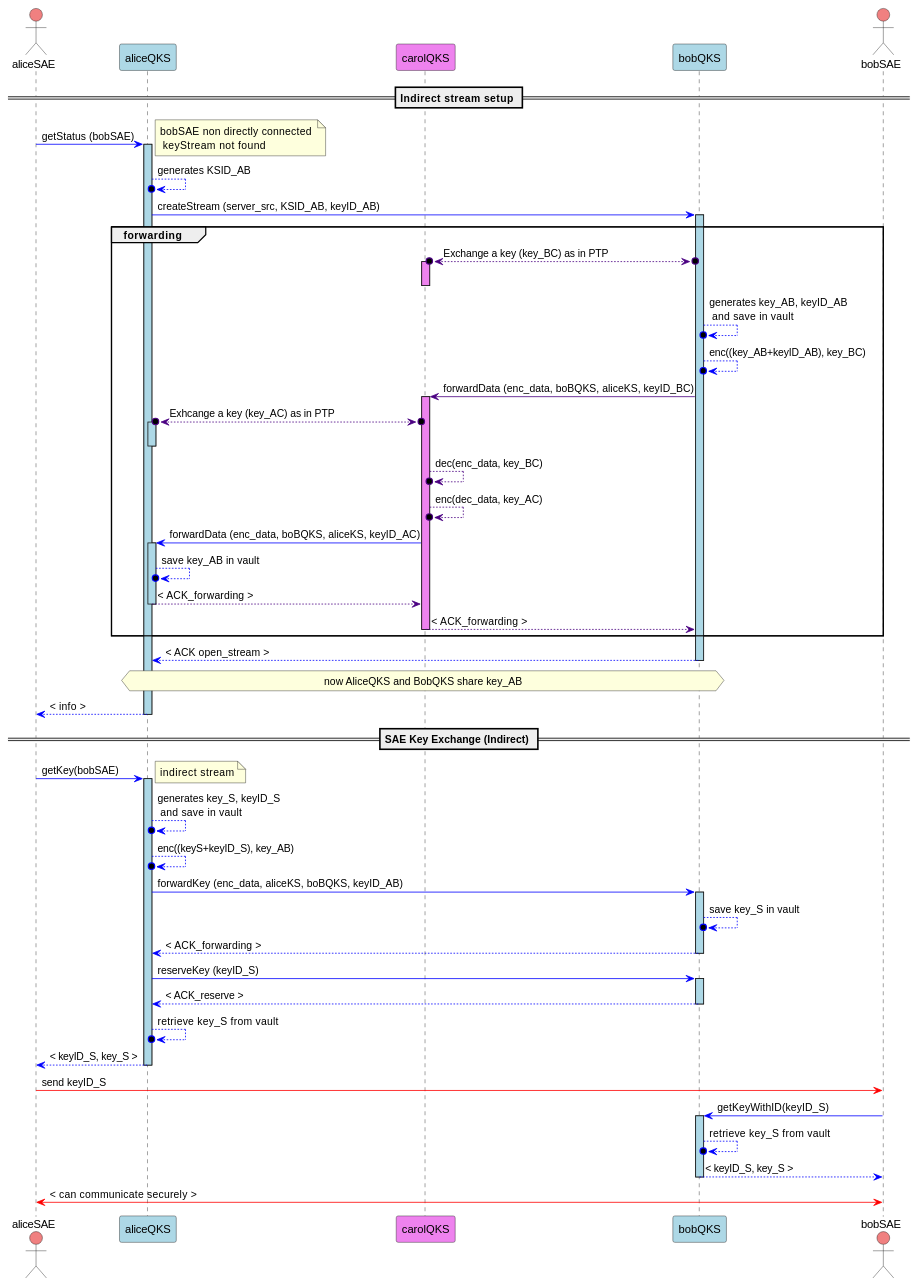
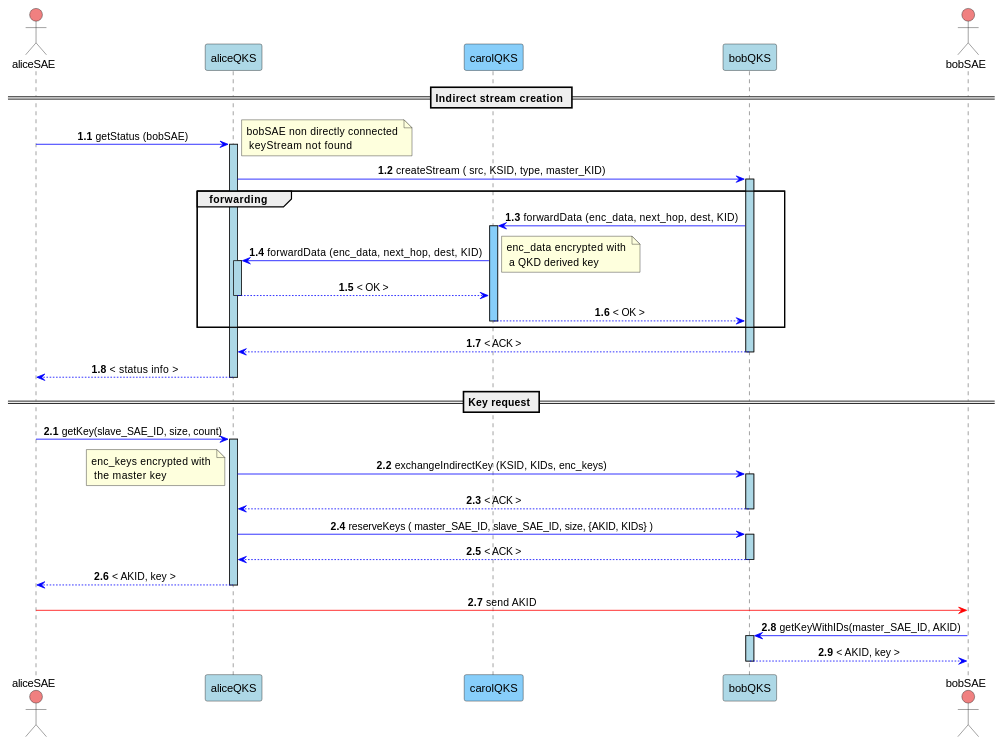
One commit to ignaziopedone/qkd-keyserver changed the second of 2 diagrams in docs/API_sequence_diagram.md. Above: the diagram before and after it, drawn with PlantUML. The commit also changed other lines of this file and 3 other files, not shown here.

Commit message:
updated sequence diagrams

```diff
--- a/docs/API_sequence_diagram.md
+++ b/docs/API_sequence_diagram.md
@@ -103,74 +75,41 @@
 @startuml
+
+skinparam sequenceMessageAlign center
 actor aliceSAE as ASAE order 1  #lightCoral
 actor bobSAE as BSAE order 5  #lightCoral
 participant aliceQKS as AQKS order 2 #LightBlue
 participant bobQKS as BQKS order 4 #LightBlue
-participant carolQKS as CQKS order 3 #violet
+participant carolQKS as CQKS order 3 #lightskyblue
+
+== Indirect stream creation == 
+autonumber 1.1
+ASAE -[#blue]> AQKS ++ #LightBlue: getStatus (bobSAE)
+note right: bobSAE non directly connected \n keyStream not found 
+AQKS -[#blue]> BQKS ++ #lightblue : createStream ( src, KSID, type, master_KID) 
+
+group forwarding
+BQKS -[#blue]> CQKS ++ #lightskyblue: forwardData (enc_data, next_hop, dest, KID) 
+CQKS -[#blue]> AQKS ++ #lightblue: forwardData (enc_data, next_hop, dest, KID) 
+note right: enc_data encrypted with \n a QKD derived key 
+AQKS -[#blue]-> CQKS --: < OK >
+CQKS -[#blue]-> BQKS --: < OK >
+end
+
+BQKS -[#blue]-> AQKS --: < ACK > 
+AQKS -[#blue]-> ASAE --: < status info >
 
 
-== Indirect stream setup == 
-ASAE -[#blue]> AQKS : getStatus (bobSAE)
-activate AQKS #LightBlue
-note right: bobSAE non directly connected \n keyStream not found 
-AQKS -[#blue]->o AQKS : generates KSID_AB
-AQKS -[#blue]> BQKS : createStream (server_src, KSID_AB, keyID_AB)
-activate BQKS #LightBlue
-
-group forwarding
-BQKS o<-[#indigo]->o CQKS :  Exchange a key (key_BC) as in PTP
-activate CQKS #violet
-deactivate CQKS 
-BQKS -[#blue]->o BQKS : generates key_AB, keyID_AB \n and save in vault
-BQKS -[#blue]->o BQKS : enc((key_AB+keyID_AB), key_BC)
-BQKS -[#indigo]> CQKS : forwardData (enc_data, boBQKS, aliceKS, keyID_BC) 
-activate CQKS #violet
-
-CQKS o<-[#indigo]->o AQKS : Exhcange a key (key_AC) as in PTP
-activate AQKS #LightBlue
-deactivate AQKS
-CQKS -[#indigo]->o CQKS : dec(enc_data, key_BC)
-CQKS -[#indigo]->o CQKS : enc(dec_data, key_AC)
-CQKS -[#blue]> AQKS : forwardData (enc_data, boBQKS, aliceKS, keyID_AC) 
-activate AQKS #LightBlue
-AQKS -[#blue]->o AQKS : save key_AB in vault
-AQKS -[#indigo]-> CQKS : < ACK_forwarding >
-deactivate AQKS 
-CQKS -[#indigo]-> BQKS : < ACK_forwarding >
-deactivate CQKS
-end
-
-BQKS -[#blue]-> AQKS : < ACK open_stream > 
-deactivate BQKS
-hnote over AQKS,BQKS : now AliceQKS and BobQKS share key_AB 
-AQKS -[#blue]-> ASAE : < info >
-deactivate AQKS
-
-
-== SAE Key Exchange (Indirect) == 
-
-ASAE -[#blue]> AQKS : getKey(bobSAE) 
-activate AQKS #LightBlue
-note right: indirect stream
-AQKS -[#blue]->o AQKS : generates key_S, keyID_S \n and save in vault
-AQKS -[#blue]->o AQKS : enc((keyS+keyID_S), key_AB)
-AQKS -[#blue]> BQKS : forwardKey (enc_data, aliceKS, boBQKS, keyID_AB)  
-activate BQKS #LightBlue
-BQKS -[#blue]->o BQKS :save key_S in vault
-BQKS -[#blue]-> AQKS : < ACK_forwarding >
-deactivate BQKS
-AQKS -[#blue]> BQKS : reserveKey (keyID_S)
-activate BQKS #LightBlue
-BQKS -[#blue]-> AQKS : < ACK_reserve >
-deactivate BQKS
-AQKS -[#blue]->o AQKS : retrieve key_S from vault
-AQKS -[#blue]-> ASAE : < keyID_S, key_S >
-deactivate AQKS
-ASAE -[#red]> BSAE : send keyID_S
-BSAE -[#blue]> BQKS : getKeyWithID(keyID_S)
-activate BQKS #LightBlue
-BQKS -[#blue]->o BQKS : retrieve key_S from vault
-BQKS -[#blue]-> BSAE : < keyID_S, key_S >
-deactivate BQKS
-ASAE <-[#red]> BSAE : < can communicate securely >
+== Key request == 
+autonumber inc A
+ASAE -[#blue]> AQKS ++ #LightBlue: getKey(slave_SAE_ID, size, count) 
+AQKS -[#blue]> BQKS ++ #LightBlue: exchangeIndirectKey (KSID, KIDs, enc_keys) 
+note left: enc_keys encrypted with \n the master key
+BQKS -[#blue]-> AQKS --: < ACK >
+AQKS -[#blue]> BQKS ++ #LightBlue:  reserveKeys ( master_SAE_ID, slave_SAE_ID, size, {AKID, KIDs} )
+BQKS -[#blue]-> AQKS --: < ACK >
+AQKS -[#blue]-> ASAE -- : < AKID, key >
+ASAE -[#red]> BSAE : send AKID
+BSAE -[#blue]> BQKS ++ #LightBlue: getKeyWithIDs(master_SAE_ID, AKID)
+BQKS -[#blue]-> BSAE --: < AKID, key >
 
 @enduml
```
